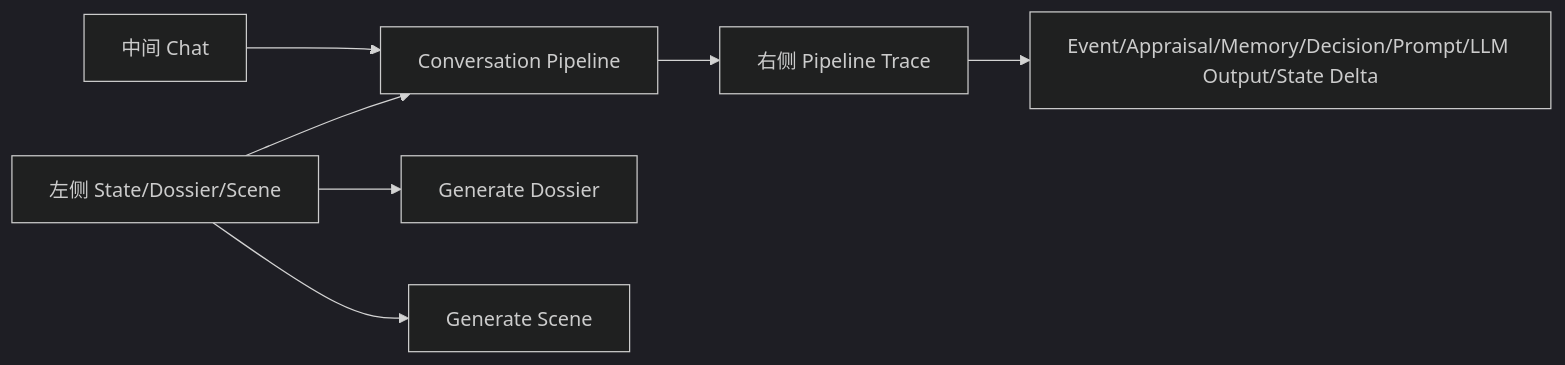
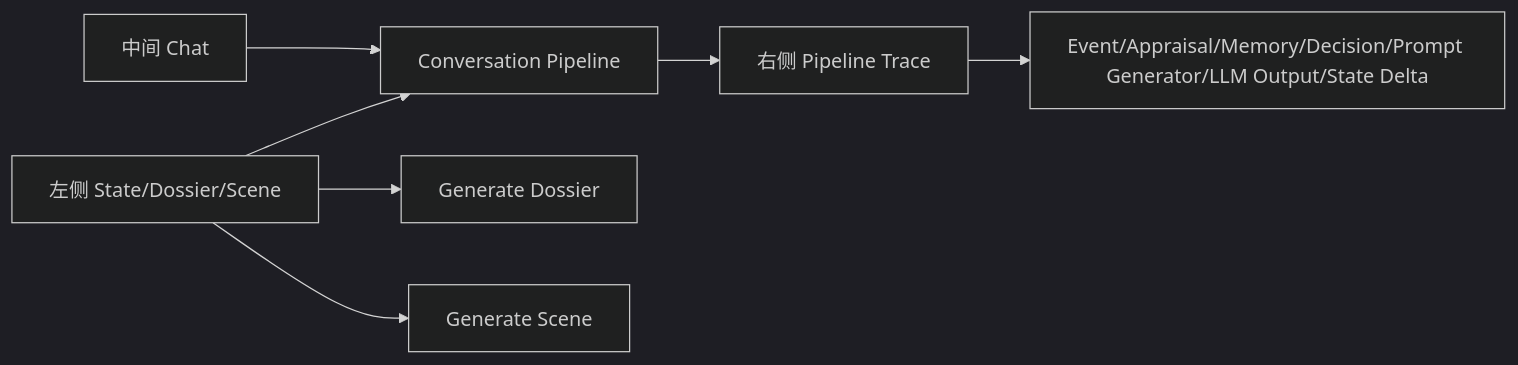
One commit to ttmanthatman/virtual-human-flow changed the fourth of 4 diagrams in docs/SYSTEM_FLOW.md. Above: the diagram before and after it, drawn with Mermaid (dark theme). The commit also changed other lines of this file and 8 other files, not shown here.

Commit message:
fix: generate natural llm prompt

````diff
--- a/docs/SYSTEM_FLOW.md
+++ b/docs/SYSTEM_FLOW.md
@@ -69,9 +71,9 @@
 ```mermaid
 flowchart LR
     LEFT[左侧 State/Dossier/Scene] --> PIPE[Conversation Pipeline]
     CHAT[中间 Chat] --> PIPE
     PIPE --> TRACE[右侧 Pipeline Trace]
-    TRACE --> JSON[Event/Appraisal/Memory/Decision/Prompt/LLM Output/State Delta]
+    TRACE --> JSON[Event/Appraisal/Memory/Decision/Prompt Generator/LLM Output/State Delta]
     LEFT --> GEN1[Generate Dossier]
     LEFT --> GEN2[Generate Scene]
 ```
````
